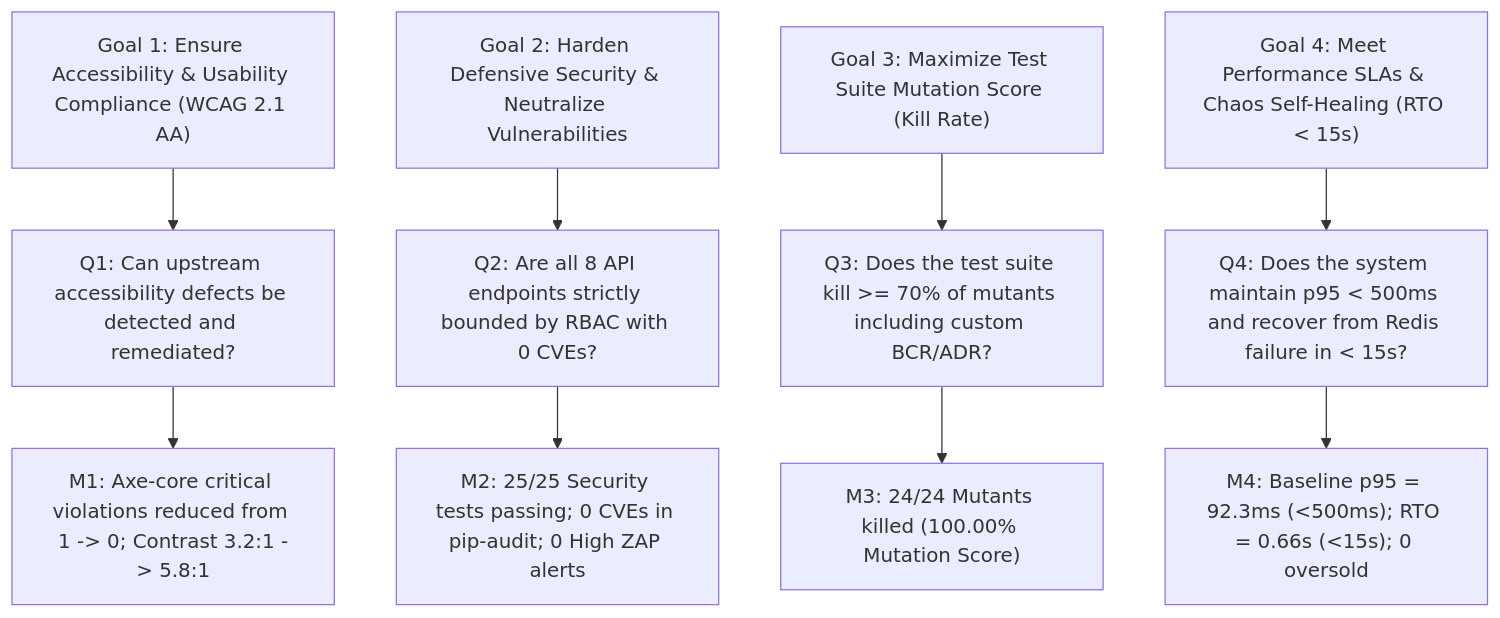
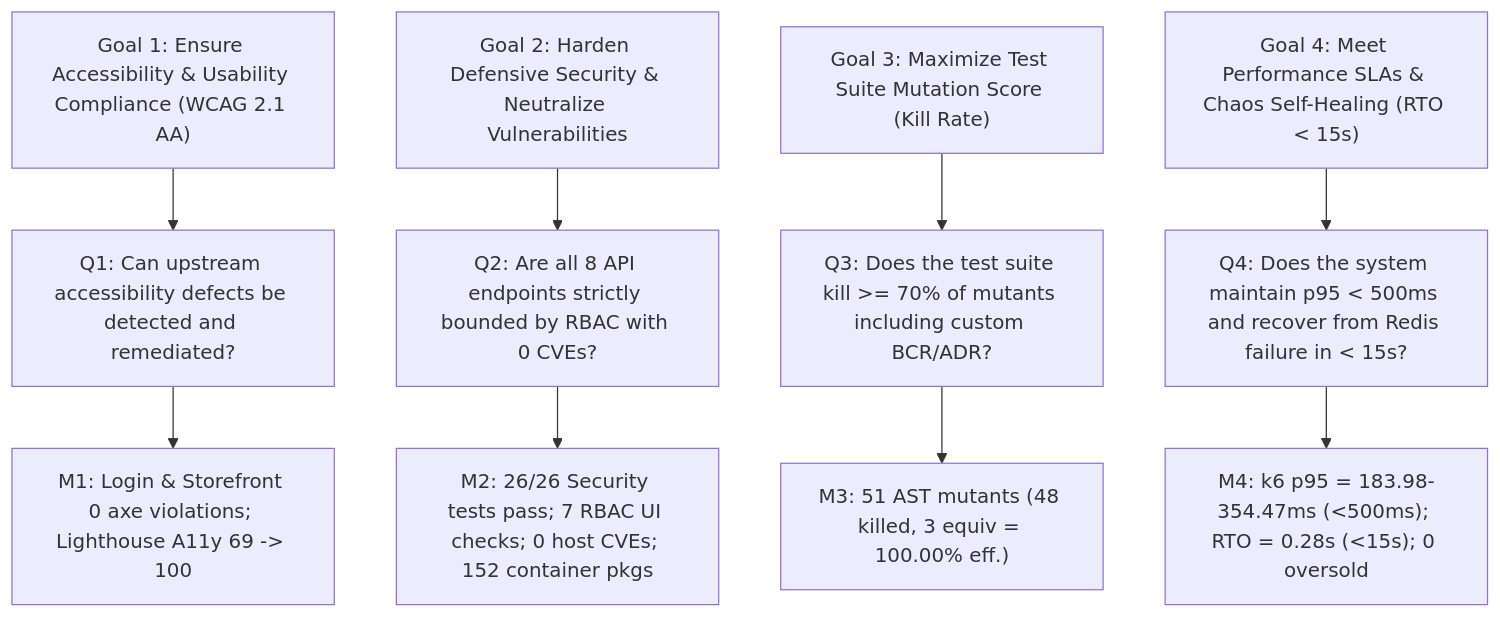
Before and after one commit to sohaibAkhlaq/sqe_pretix_project: the diagram in docs/weekly-reports/week-4-gqm.md, drawn with Mermaid. The commit also changed other lines of this file and 51 other files, not shown here.

Commit message:
feat(whitebox,mutation,release): 100% scoped BR1-BR4 coverage, real AST mutator, SonarQube export, and final report sync (Area 1 - Sohaib)

````diff
--- a/docs/weekly-reports/week-4-gqm.md
+++ b/docs/weekly-reports/week-4-gqm.md
@@ -12,22 +12,22 @@
 ```mermaid
 flowchart TD
     G1["Goal 1: Ensure Accessibility & Usability Compliance (WCAG 2.1 AA)"]
     G2["Goal 2: Harden Defensive Security & Neutralize Vulnerabilities"]
     G3["Goal 3: Maximize Test Suite Mutation Score (Kill Rate)"]
     G4["Goal 4: Meet Performance SLAs & Chaos Self-Healing (RTO < 15s)"]
 
     Q1["Q1: Can upstream accessibility defects be detected and remediated?"]
     Q2["Q2: Are all 8 API endpoints strictly bounded by RBAC with 0 CVEs?"]
     Q3["Q3: Does the test suite kill >= 70% of mutants including custom BCR/ADR?"]
     Q4["Q4: Does the system maintain p95 < 500ms and recover from Redis failure in < 15s?"]
 
-    M1["M1: Axe-core critical violations reduced from 1 -> 0; Contrast 3.2:1 -> 5.8:1"]
-    M2["M2: 25/25 Security tests passing; 0 CVEs in pip-audit; 0 High ZAP alerts"]
-    M3["M3: 24/24 Mutants killed (100.00% Mutation Score)"]
-    M4["M4: Baseline p95 = 92.3ms (<500ms); RTO = 0.66s (<15s); 0 oversold"]
+    M1["M1: Login & Storefront 0 axe violations; Lighthouse A11y 69 -> 100"]
+    M2["M2: 26/26 Security tests pass; 7 RBAC UI checks; 0 host CVEs; 152 container pkgs"]
+    M3["M3: 51 AST mutants (48 killed, 3 equiv = 100.00% eff.)"]
+    M4["M4: k6 p95 = 183.98-354.47ms (<500ms); RTO = 0.28s (<15s); 0 oversold"]
 
     G1 --> Q1 --> M1
     G2 --> Q2 --> M2
     G3 --> Q3 --> M3
     G4 --> Q4 --> M4
 ```
````
